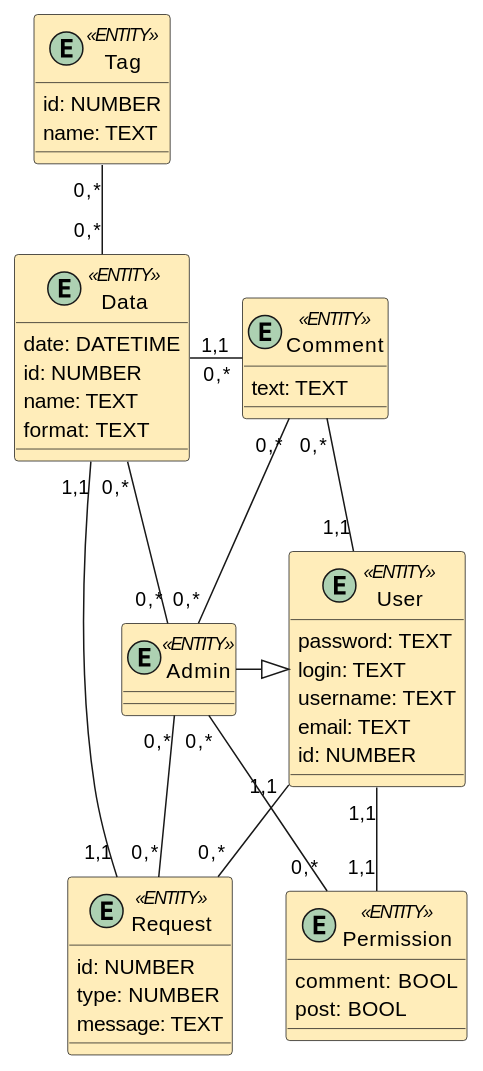
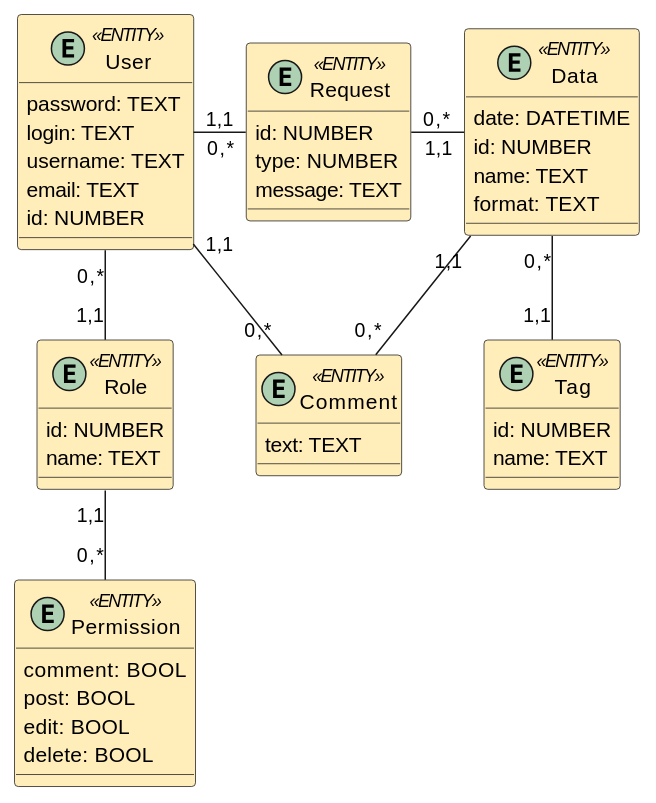
One commit to chernyshanna/IO23Theme2DBB changed the second of 2 diagrams in docs/design/README.md. Above: the diagram before and after it, drawn with PlantUML. The commit also changed other lines of this file, not shown here.

```diff
--- a/docs/design/README.md
+++ b/docs/design/README.md
@@ -101,55 +104,54 @@
 @startuml
 entity User <<ENTITY>> #ffedba {
-    password: TEXT
-    login: TEXT
-    username: TEXT
-    email: TEXT
-    id: NUMBER
+  password: TEXT
+  login: TEXT
+  username: TEXT
+  email: TEXT
+  id: NUMBER
 }
 
 entity Data <<ENTITY>> #ffedba {
-    date: DATETIME
-    id: NUMBER
-    name: TEXT
-    format: TEXT
+  date: DATETIME
+  id: NUMBER
+  name: TEXT
+  format: TEXT
 }
 
-entity Admin <<ENTITY>> #ffedba {
+entity Role <<ENTITY>> #ffedba {
+  id: NUMBER
+  name: TEXT
 }
 
 entity Request <<ENTITY>> #ffedba {
-    id: NUMBER
-    type: NUMBER
-    message: TEXT
+  id: NUMBER
+  type: NUMBER
+  message: TEXT
 }
 
 entity Permission <<ENTITY>> #ffedba {
-    comment: BOOL
-    post: BOOL
+  comment: BOOL
+  post: BOOL
+  edit: BOOL
+  delete: BOOL
 }
 
 entity Comment <<ENTITY>> #ffedba {
-    text: TEXT
+  text: TEXT
 }
 
 entity Tag <<ENTITY>> #ffedba {
-    id: NUMBER
-    name: TEXT
+  id: NUMBER
+  name: TEXT
 }
 
-Admin -r-|> User
+User "1,1" -r- "0,*" Request
+User "1,1" -- "0,*" Comment
+User "0,*" -- "1,1" Role
 
-User "1,1" -- "0,*" Request
-User "1,1" -- "0,*" Comment
-User "1,1" -- "1,1" Permission
+Role "1,1" -- "0,*" Permission
 
-Data "0,*" -r- "0,*" Admin
-Data "1,1" -r- "0,*" Comment
-Data "1,1" -- "1,1" Request
-Data "0,*" -u- "0,*" Tag
-
-Admin "0,*" -- "0,*" Permission
-Admin "0,*" -- "0,*" Request
-Admin "0,*" -l- "0,*" Comment
+Data "1,1" -- "0,*" Comment
+Data "1,1" -l- "0,*" Request
+Data "0,*" -- "1,1" Tag
 
 @enduml
```
